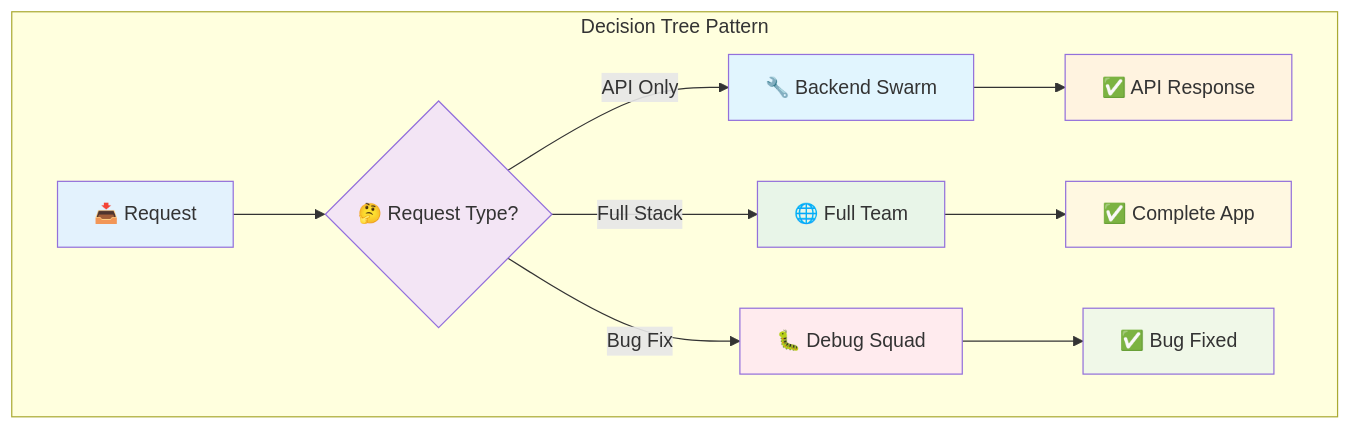
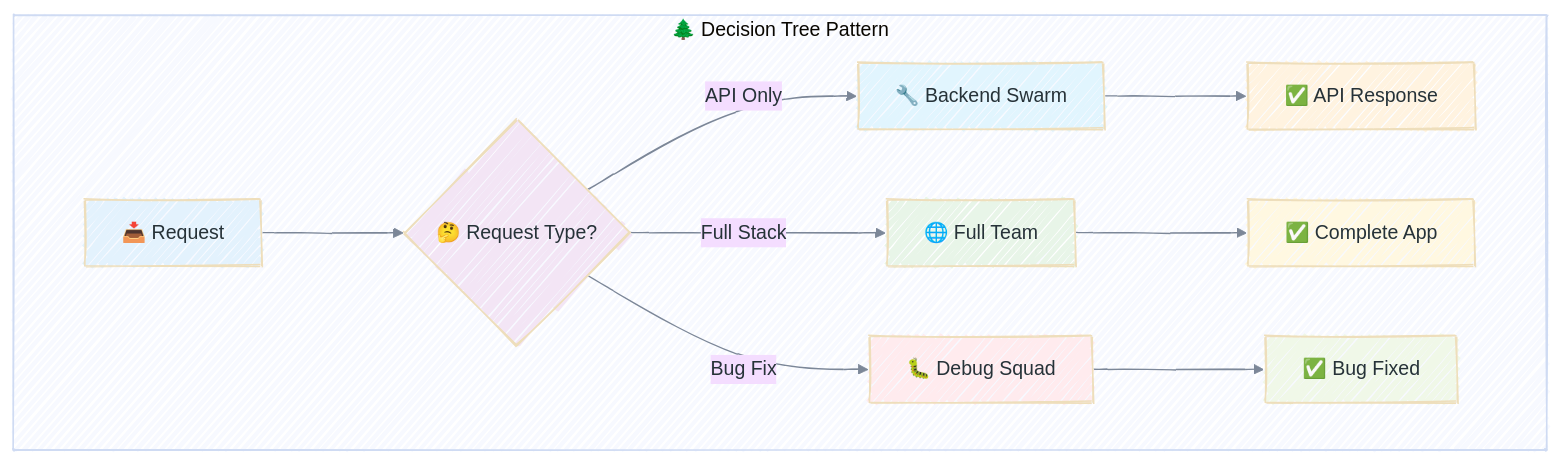
The seventh of 16 diagrams in _posts/2025-06-29-claudeonrails-ai-powered-rails-development-swarm.md (enogrob/enogrob.github.io), drawn with Mermaid before and after one commit. The commit also changed other lines of this file and 12 other files, not shown here.

````diff
--- a/_posts/2025-06-29-claudeonrails-ai-powered-rails-development-swarm.md
+++ b/_posts/2025-06-29-claudeonrails-ai-powered-rails-development-swarm.md
@@ -261,21 +267,22 @@
 ```mermaid!
-graph 
-    subgraph "Decision Tree Pattern"
+%%{init: {"theme": "base", "look": "handDrawn", "themeVariables": {"fontFamily": "ui-sans-serif, system-ui, sans-serif", "lineColor": "#7c8798", "primaryTextColor": "#263238"}, "flowchart": {"nodeSpacing": 55, "rankSpacing": 90}}}%%
+flowchart TD
+    subgraph Decision["🌲 Decision Tree Pattern"]
         A["📥 Request"] --> B{"🤔 Request Type?"}
         B -->|API Only| C["🔧 Backend Swarm"]
         B -->|Full Stack| D["🌐 Full Team"]
         B -->|Bug Fix| E["🐛 Debug Squad"]
         C --> F["✅ API Response"]
         D --> G["✅ Complete App"]
         E --> H["✅ Bug Fixed"]
     end
     
     style A fill:#e3f2fd
     style B fill:#f3e5f5
     style C fill:#e1f5fe
     style D fill:#e8f5e8
     style E fill:#ffebee
     style F fill:#fff3e0
     style G fill:#fff8e1
     style H fill:#f0f8e8
 ```
````
